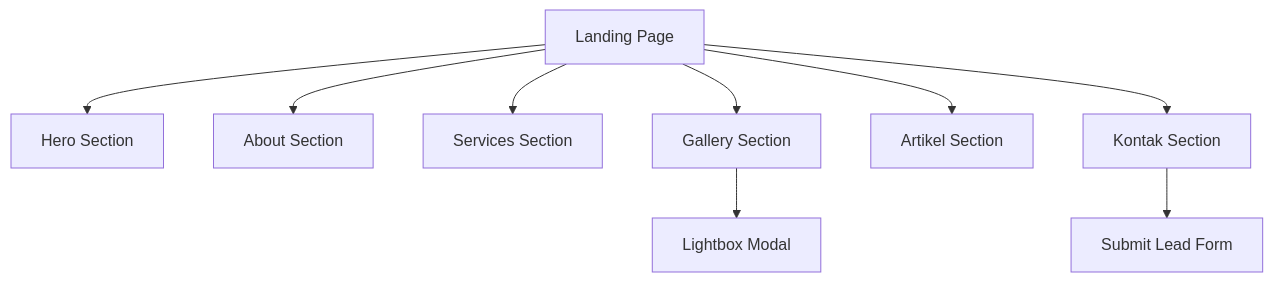
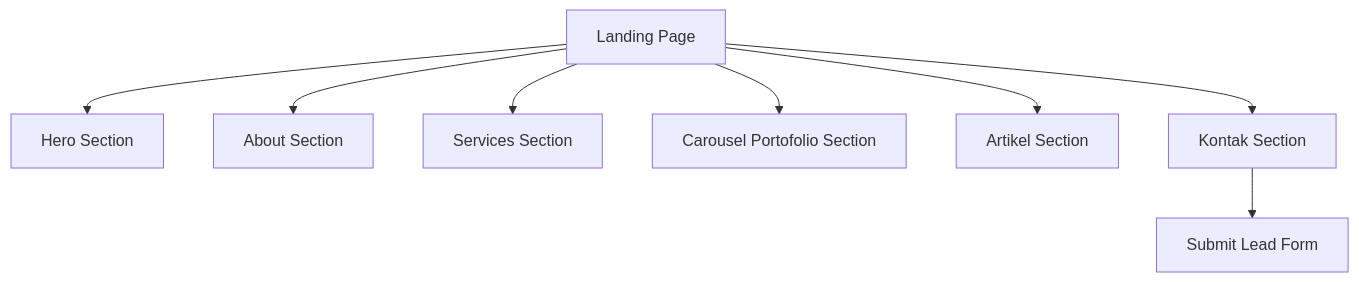
Before and after one commit to wira-works-3/TraceAgency: the diagram in .trae/documents/trace-agency-prd.md, drawn with Mermaid. The commit also changed other lines of this file and 31 other files, not shown here.

````diff
--- a/.trae/documents/trace-agency-prd.md
+++ b/.trae/documents/trace-agency-prd.md
@@ -30,11 +30,10 @@
 ```mermaid
 graph TD
   A["Landing Page"] --> B["Hero Section"]
   A --> C["About Section"]
   A --> D["Services Section"]
-  A --> E["Gallery Section"]
-  E --> F["Lightbox Modal"]
+  A --> E["Carousel Portofolio Section"]
   A --> G["Artikel Section"]
   A --> H["Kontak Section"]
   H --> I["Submit Lead Form"]
 ```
````
